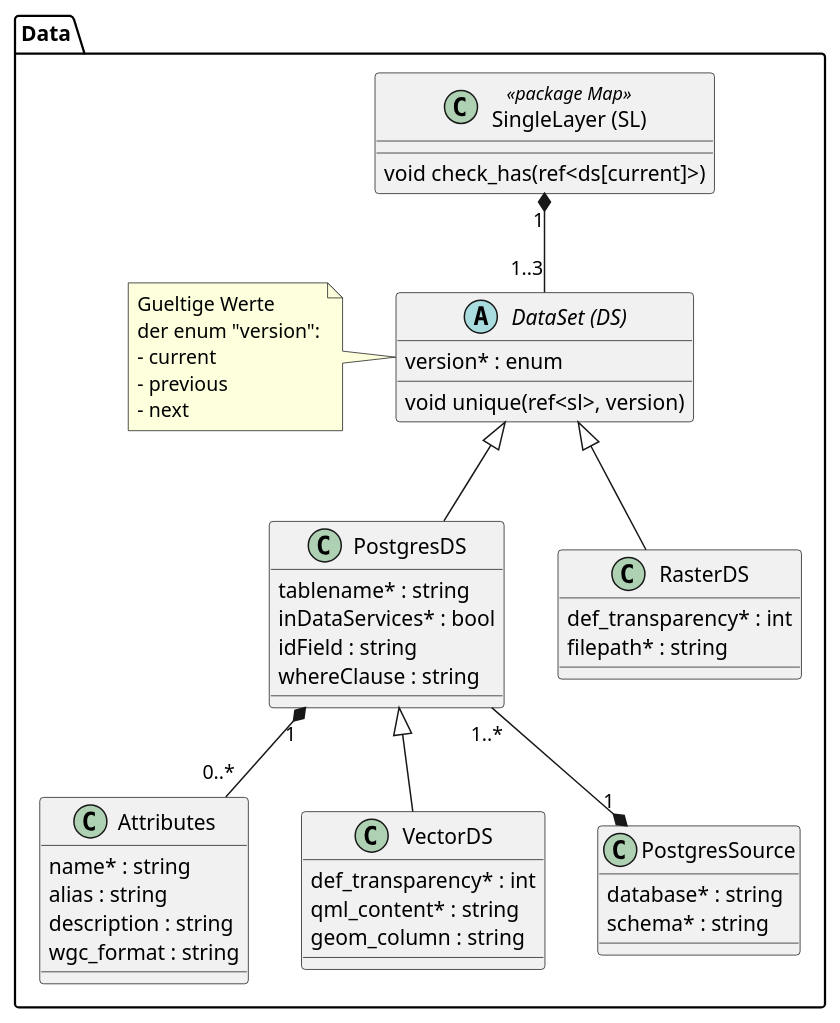
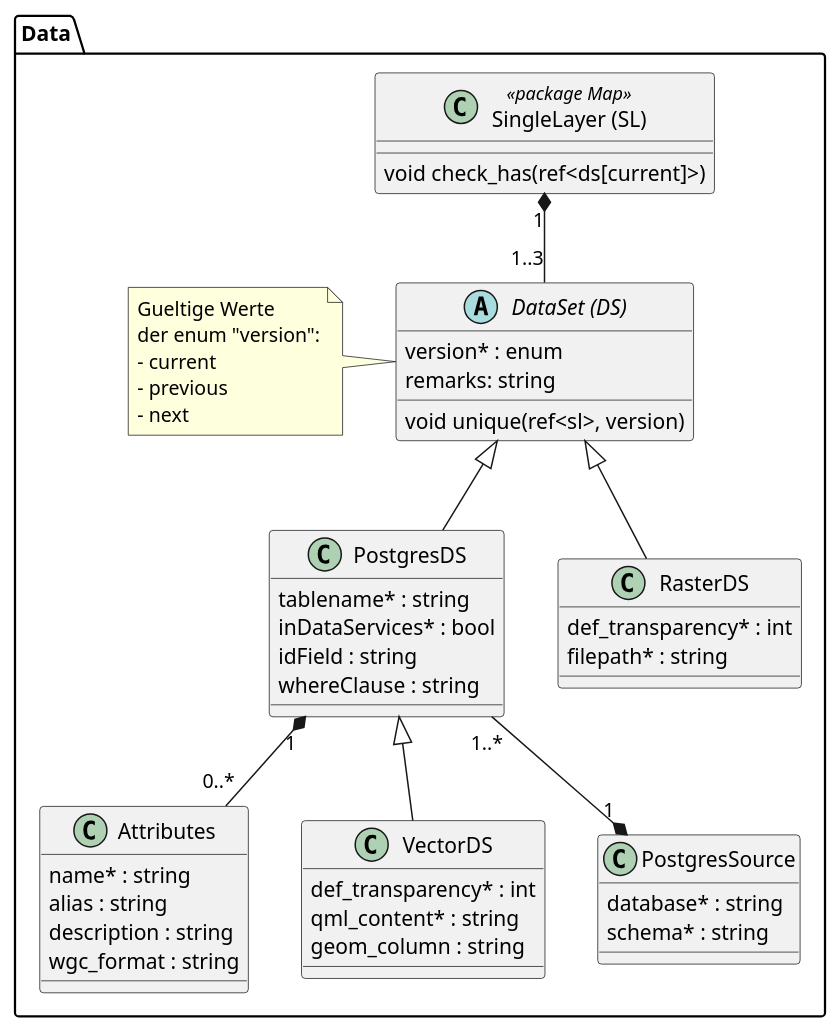
Before and after one commit to simi-so/mm: the diagram in puml/src/simi_data.puml, drawn with PlantUML. The commit also changed 17 other files, not shown here.

```diff
--- a/puml/src/simi_data.puml
+++ b/puml/src/simi_data.puml
@@ -1,62 +1,63 @@
 @startuml
 
 package Data {
 
   class "SingleLayer (SL)" as sl << package Map >> {
     void check_has(ref<ds[current]>)
   }
 
   abstract class "DataSet (DS)" as ds {
     version* : enum
+    remarks: string
     void unique(ref<sl>, version)
   }
 
   note left
     Gueltige Werte
     der enum "version":
     - current
     - previous
     - next
   end note
   
   class "PostgresDS" as pds {
     tablename* : string
     inDataServices* : bool
     idField : string
     whereClause : string
   }
   
   class "Attributes" as attr {
     name* : string
     alias : string
     description : string
     wgc_format : string
   }
   
   class "VectorDS" as vds {
     def_transparency* : int
     qml_content* : string
     geom_column : string
   }
   
   class "RasterDS" as rds {
     def_transparency* : int
     filepath* : string
   }
   
   class "PostgresSource" as pgsrc {
     database* : string
     schema* : string
   }
   
   ds <|-- rds
   ds <|-- pds
   pds <|-- vds
 
   sl "1" *-- "1..3" ds
   
   pds "1..*" --* "1" pgsrc
   pds "1" *-- "0..*" attr
 }
 
 @enduml
```
